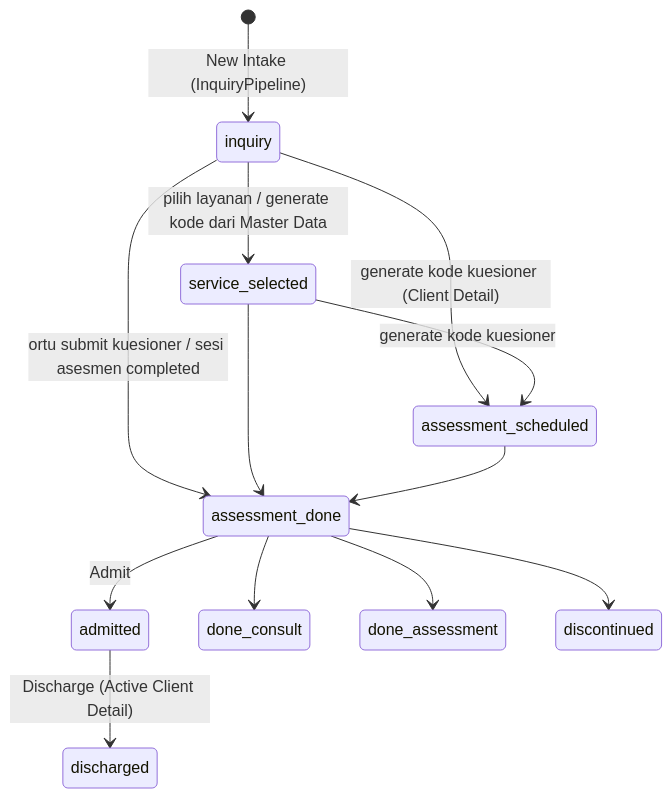
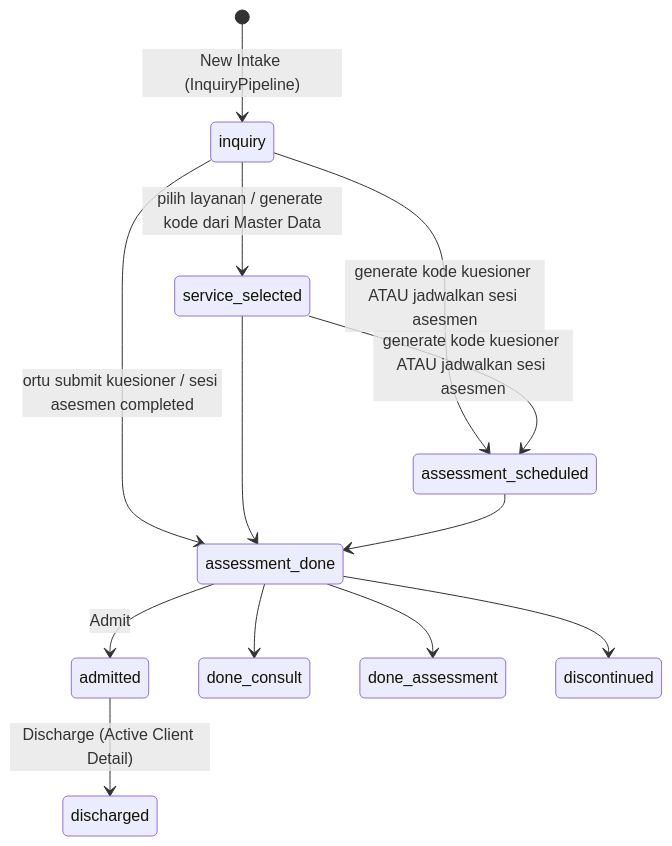
One commit to Iksan273/Therapedia changed the diagram in docs/guide/04-flow-inquiry-assessment.md. Above: the diagram before and after it, drawn with Mermaid. The commit also changed other lines of this file and 293 other files, not shown here.

Commit message:
update alur dan schema

````diff
--- a/docs/guide/04-flow-inquiry-assessment.md
+++ b/docs/guide/04-flow-inquiry-assessment.md
@@ -9,15 +9,15 @@
 ```mermaid
 stateDiagram-v2
   [*] --> inquiry: New Intake (InquiryPipeline)
   inquiry --> service_selected: pilih layanan / generate kode dari Master Data
-  inquiry --> assessment_scheduled: generate kode kuesioner (Client Detail)
-  service_selected --> assessment_scheduled: generate kode kuesioner
+  inquiry --> assessment_scheduled: generate kode kuesioner ATAU jadwalkan sesi asesmen
+  service_selected --> assessment_scheduled: generate kode kuesioner ATAU jadwalkan sesi asesmen
   inquiry --> assessment_done: ortu submit kuesioner / sesi asesmen completed
   service_selected --> assessment_done
   assessment_scheduled --> assessment_done
   assessment_done --> admitted: Admit
   assessment_done --> done_consult
   assessment_done --> done_assessment
   assessment_done --> discontinued
   admitted --> discharged: Discharge (Active Client Detail)
 ```
````
